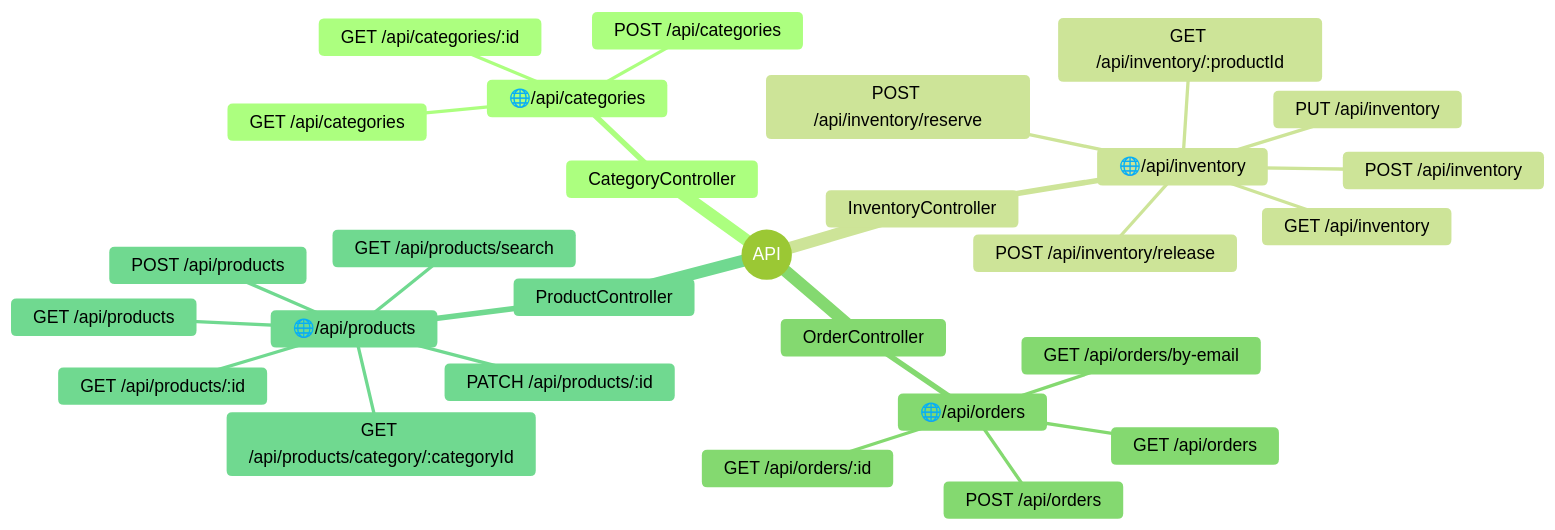
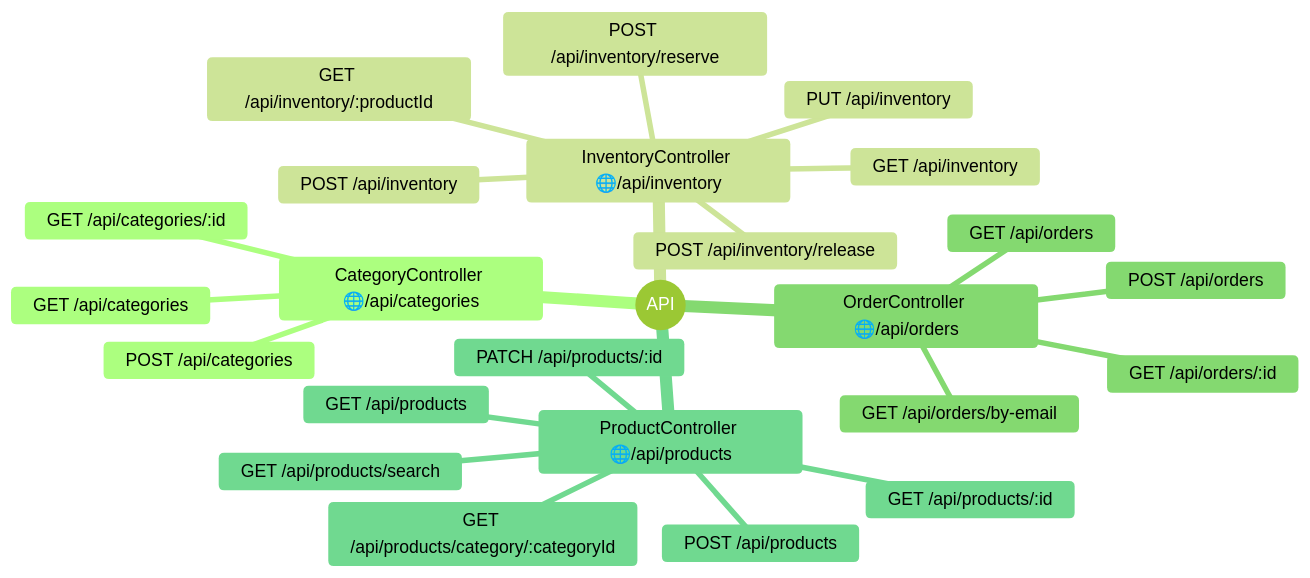
Before and after one commit to AleksOBM/plus-smart-home-tech: the first of 2 diagrams in README.md, drawn with Mermaid (forest theme).

Commit message:
README.md

````diff
--- a/README.md
+++ b/README.md
@@ -23,31 +23,27 @@
 ```mermaid
 mindmap
   root((API))
-    CategoryController
-      🌐/api/categories
+    CategoryController 🌐/api/categories
         GET /api/categories
         GET /api/categories/:id
         POST /api/categories
-    InventoryController
-      🌐/api/inventory
+    InventoryController 🌐/api/inventory
         GET /api/inventory
         GET /api/inventory/:productId
         POST /api/inventory
         POST /api/inventory/reserve
         POST /api/inventory/release
         PUT /api/inventory
-    OrderController
-      🌐/api/orders
+    OrderController 🌐/api/orders
         GET /api/orders
         GET /api/orders/:id
         GET /api/orders/by-email
         POST /api/orders
-    ProductController
-      🌐/api/products
+    ProductController 🌐/api/products
         GET /api/products
         GET /api/products/:id
         GET /api/products/category/:categoryId
         GET /api/products/search
         PATCH /api/products/:id
         POST /api/products
 ```
````
